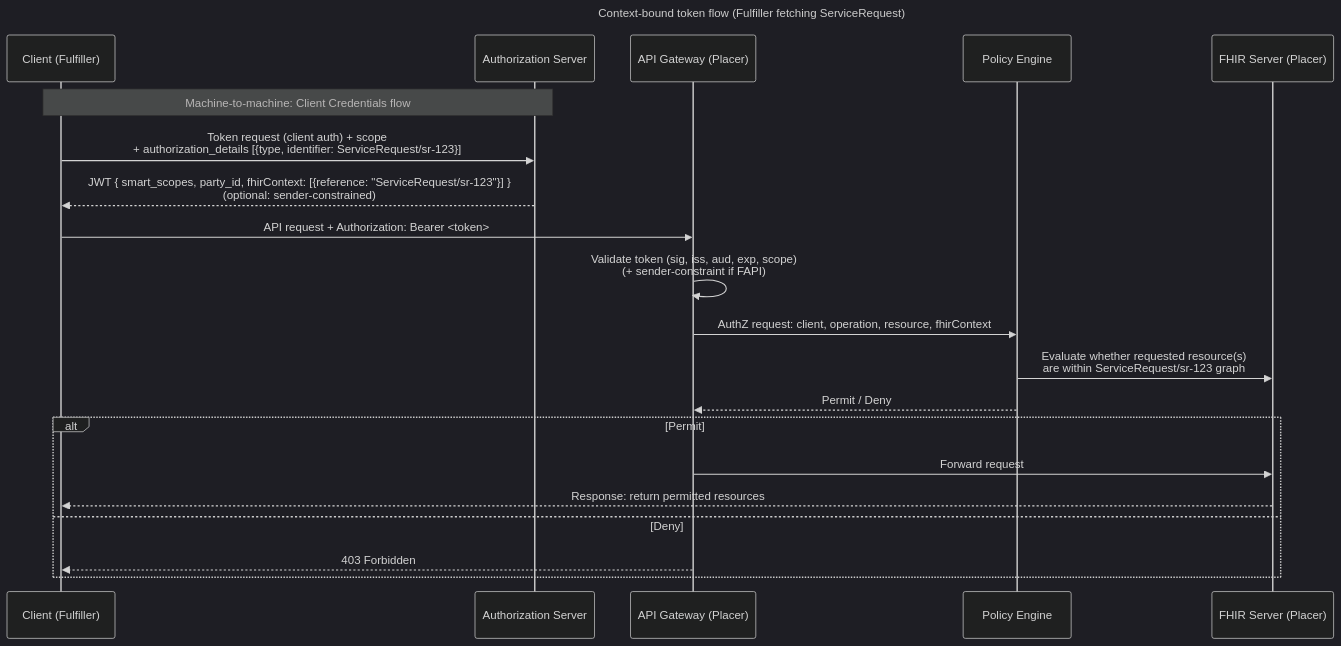
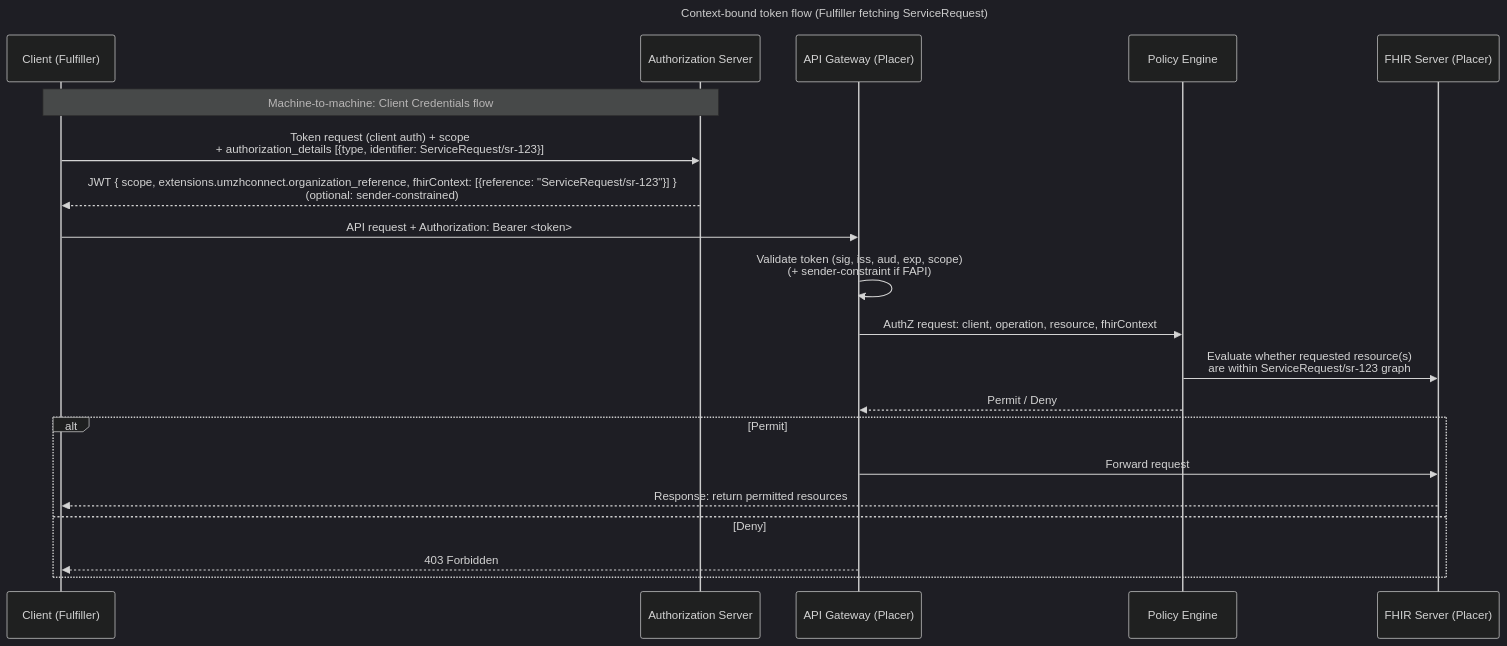
The second of 3 diagrams in input/pagecontent/security.md (umzhconnect/umzhconnect-ig), drawn with Mermaid (dark theme) before and after one commit. The commit also changed other lines of this file and 4 other files, not shown here.

First line of the commit message:
Security chapter: JWT claims, organization identity, client authentication (#58)

````diff
--- a/input/pagecontent/security.md
+++ b/input/pagecontent/security.md
@@ -149,26 +175,26 @@
 ```mermaid
 sequenceDiagram
   title Context-bound token flow (Fulfiller fetching ServiceRequest)
 
   participant C as Client (Fulfiller)
   participant AS as Authorization Server
   participant AG as API Gateway (Placer)
   participant PE as Policy Engine
   participant FHIR as FHIR Server (Placer)
 
   Note over C,AS: Machine-to-machine: Client Credentials flow
   C->>AS: Token request (client auth) + scope<br/>+ authorization_details [{type, identifier: ServiceRequest/sr-123}]
-  AS-->>C: JWT { smart_scopes, party_id, fhirContext: [{reference: "ServiceRequest/sr-123"}] }<br/>(optional: sender-constrained)
+  AS-->>C: JWT { scope, extensions.umzhconnect.organization_reference, fhirContext: [{reference: "ServiceRequest/sr-123"}] }<br/>(optional: sender-constrained)
 
   C->>AG: API request + Authorization: Bearer <token>
   AG->>AG: Validate token (sig, iss, aud, exp, scope)<br/>(+ sender-constraint if FAPI)
   AG->>PE: AuthZ request: client, operation, resource, fhirContext
   PE->>FHIR: Evaluate whether requested resource(s)<br/>are within ServiceRequest/sr-123 graph
   PE-->>AG: Permit / Deny
   alt Permit
     AG->>FHIR: Forward request
     FHIR-->>C: Response: return permitted resources
   else Deny
     AG-->>C: 403 Forbidden
   end
 ```
````
